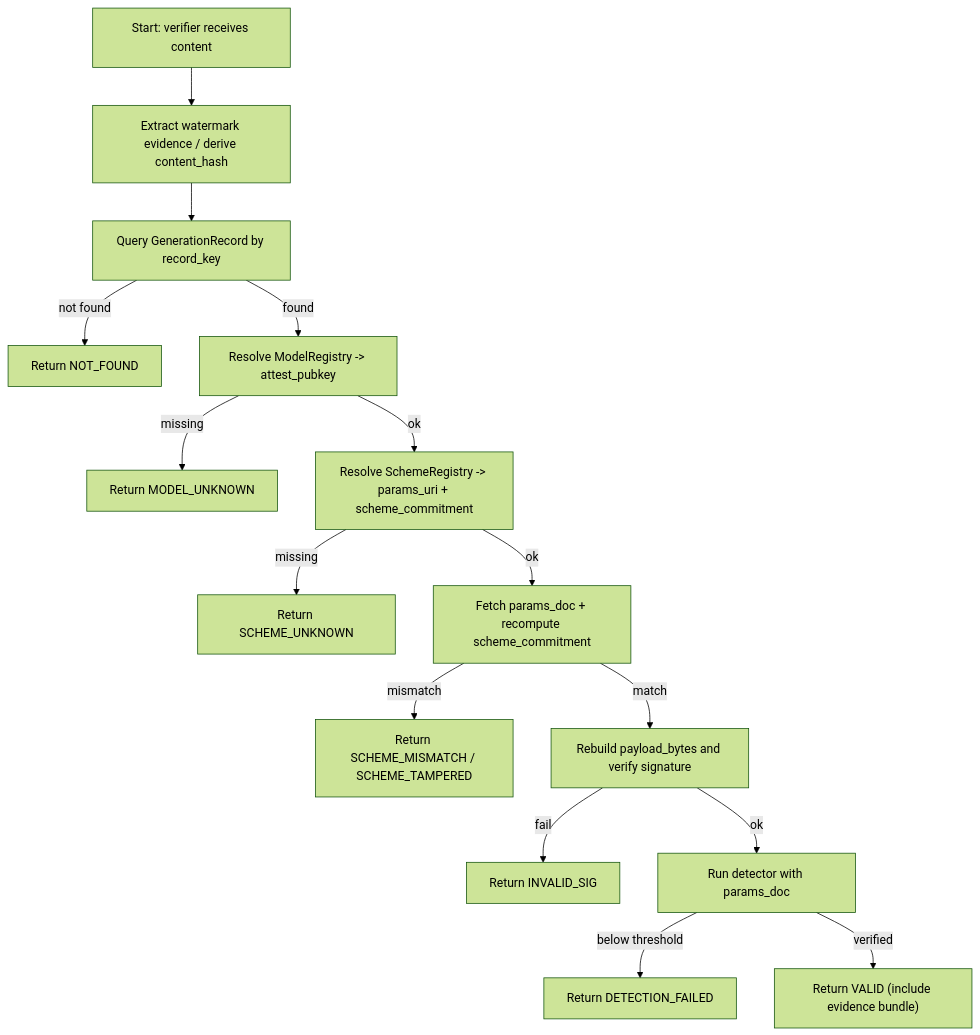
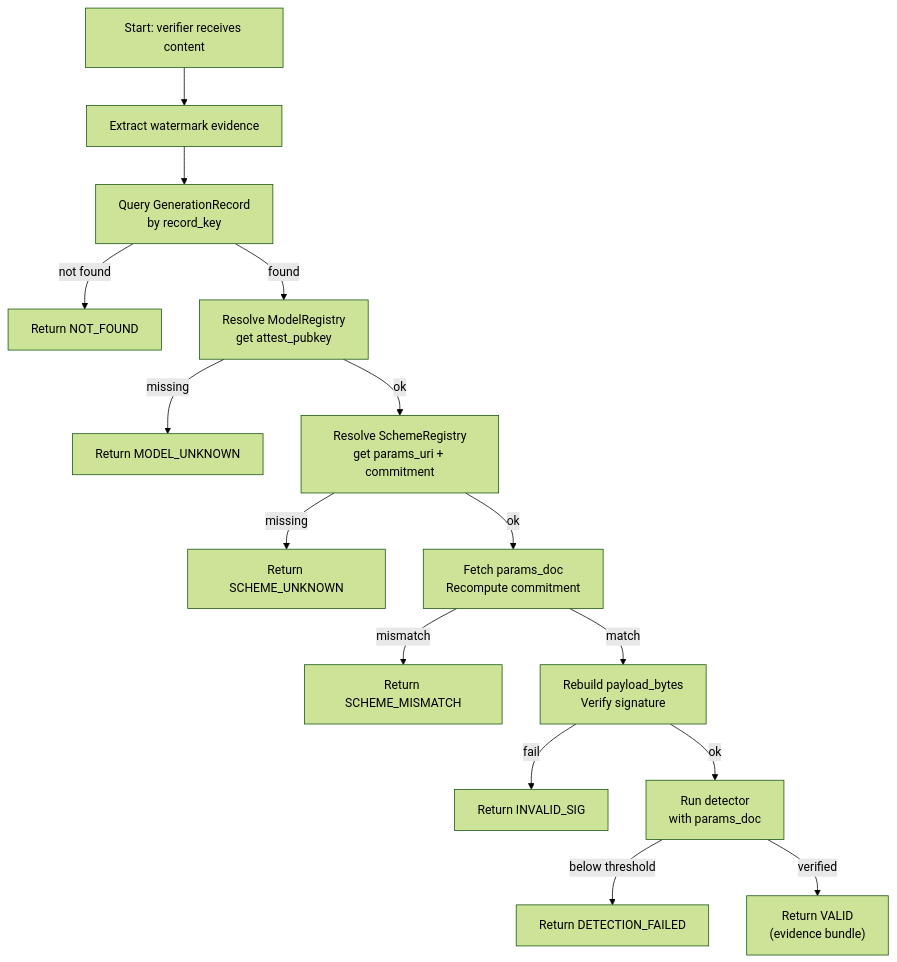
The fourth of 4 diagrams in watermarking_blockchain_paper.md (Intelligence-Cubed/watermark), drawn with Mermaid (forest theme) before and after one commit.

````diff
--- a/watermarking_blockchain_paper.md
+++ b/watermarking_blockchain_paper.md
@@ -352,17 +352,22 @@
 ```mermaid
 flowchart TD
-  A["Start: verifier receives content"] --> B["Extract watermark evidence / derive content_hash"]
-  B --> C["Query GenerationRecord by record_key"]
+  A["Start: verifier receives content"] --> B["Extract watermark evidence"]
+  B --> C["Query GenerationRecord<br/>by record_key"]
   C -->|not found| NF["Return NOT_FOUND"]
-  C -->|found| D["Resolve ModelRegistry -> attest_pubkey"]
+
+  C -->|found| D["Resolve ModelRegistry<br/>get attest_pubkey"]
   D -->|missing| MU["Return MODEL_UNKNOWN"]
-  D -->|ok| E["Resolve SchemeRegistry -> params_uri + scheme_commitment"]
+
+  D -->|ok| E["Resolve SchemeRegistry<br/>get params_uri + commitment"]
   E -->|missing| SU["Return SCHEME_UNKNOWN"]
-  E -->|ok| F["Fetch params_doc + recompute scheme_commitment"]
-  F -->|mismatch| SM["Return SCHEME_MISMATCH / SCHEME_TAMPERED"]
-  F -->|match| G["Rebuild payload_bytes and verify signature"]
+
+  E -->|ok| F["Fetch params_doc<br/>Recompute commitment"]
+  F -->|mismatch| SM["Return SCHEME_MISMATCH"]
+  F -->|match| G["Rebuild payload_bytes<br/>Verify signature"]
   G -->|fail| IS["Return INVALID_SIG"]
-  G -->|ok| H["Run detector with params_doc"]
+
+  G -->|ok| H["Run detector<br/>with params_doc"]
   H -->|below threshold| DF["Return DETECTION_FAILED"]
-  H -->|verified| V["Return VALID (include evidence bundle)"]
+  H -->|verified| V["Return VALID<br/>(evidence bundle)"]
+
 ```
````
